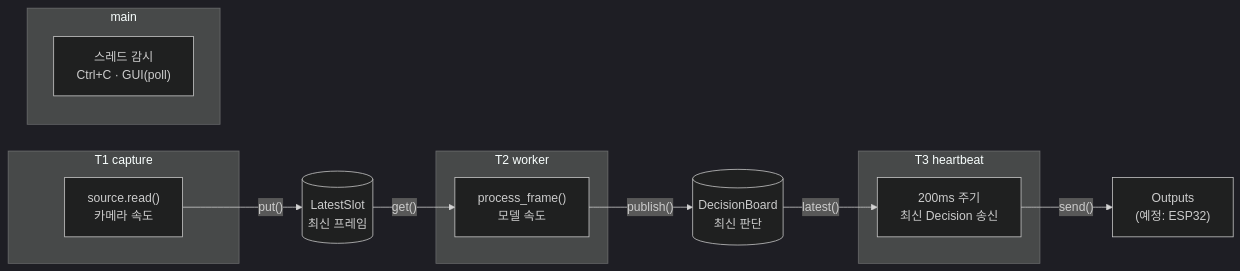
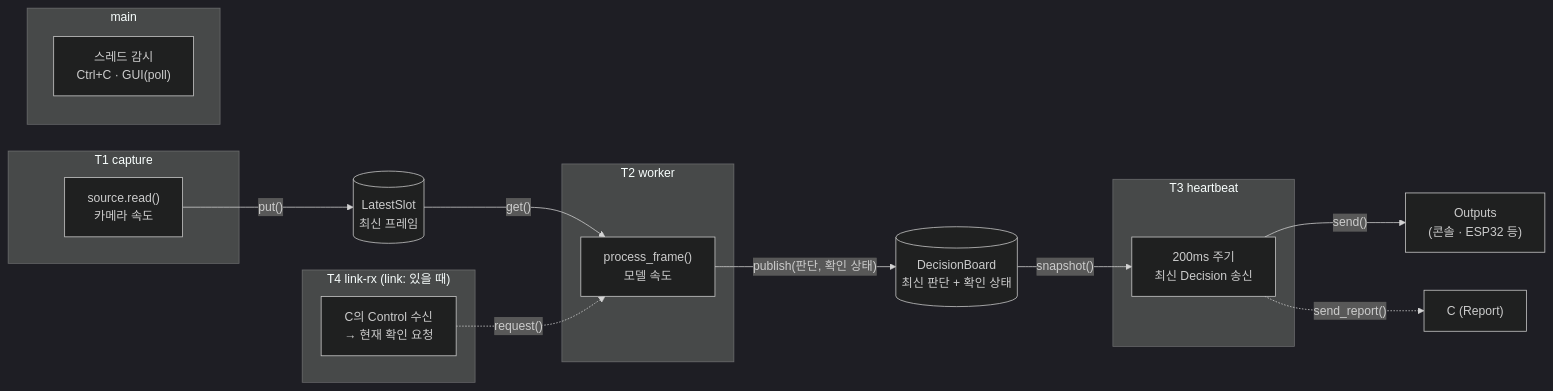
The seventh of 8 diagrams in docs/CODE_GUIDE.md (largeblueberry/MockOndeviceProject), drawn with Mermaid (dark theme) before and after one commit. The commit also changed other lines of this file and 19 other files, not shown here.

````diff
--- a/docs/CODE_GUIDE.md
+++ b/docs/CODE_GUIDE.md
@@ -314,25 +376,32 @@
 ```mermaid
 flowchart LR
     subgraph T1["T1 capture"]
         r["source.read()<br/>카메라 속도"]
     end
     subgraph T2["T2 worker"]
         p["process_frame()<br/>모델 속도"]
     end
     subgraph T3["T3 heartbeat"]
         h["200ms 주기<br/>최신 Decision 송신"]
     end
     subgraph MAIN["main"]
         sup["스레드 감시<br/>Ctrl+C · GUI(poll)"]
     end
 
+    subgraph T4["T4 link-rx (link: 있을 때)"]
+        lr["C의 Control 수신<br/>→ 현재 확인 요청"]
+    end
+
     slot[("LatestSlot<br/>최신 프레임")]
-    board[("DecisionBoard<br/>최신 판단")]
-    outs["Outputs<br/>(예정: ESP32)"]
+    board[("DecisionBoard<br/>최신 판단 + 확인 상태")]
+    outs["Outputs<br/>(콘솔 · ESP32 등)"]
+    hubc["C (Report)"]
 
     r -- "put()" --> slot
     slot -- "get()" --> p
-    p -- "publish()" --> board
-    board -- "latest()" --> h
+    lr -. "request()" .-> p
+    p -- "publish(판단, 확인 상태)" --> board
+    board -- "snapshot()" --> h
     h -- "send()" --> outs
+    h -. "send_report()" .-> hubc
 ```
````
